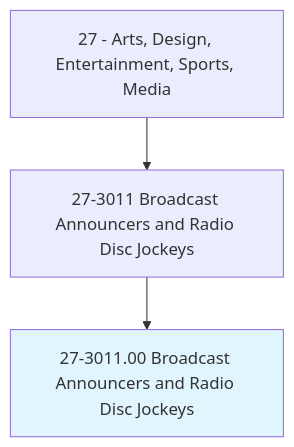
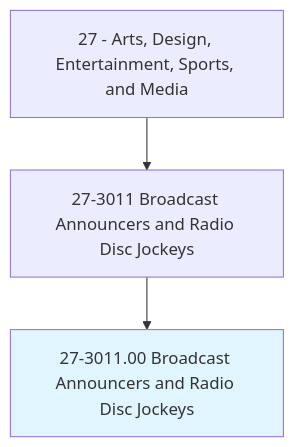
Before and after one commit to kziemski/business.org.ai: the first of 4 diagrams in occupations/ArtsMedia/BroadcastAnnouncersAndRadioDiscJockeys.mdx, drawn with Mermaid. The commit also changed other lines of this file and 938 other files, not shown here.

````diff
--- a/occupations/ArtsMedia/BroadcastAnnouncersAndRadioDiscJockeys.mdx
+++ b/occupations/ArtsMedia/BroadcastAnnouncersAndRadioDiscJockeys.mdx
@@ -19,6 +23,6 @@
 ```mermaid
 graph TD
-    Cat27["27 - Arts, Design, Entertainment, Sports, Media"] --> Group273011["27-3011 Broadcast Announcers and Radio Disc Jockeys"]
+    Cat27["27 - Arts, Design, Entertainment, Sports, and Media"] --> Group273011["27-3011 Broadcast Announcers and Radio Disc Jockeys"]
     Group273011 --> Current["27-3011.00 Broadcast Announcers and Radio Disc Jockeys"]
     style Current fill:#e1f5fe
 ```
````
